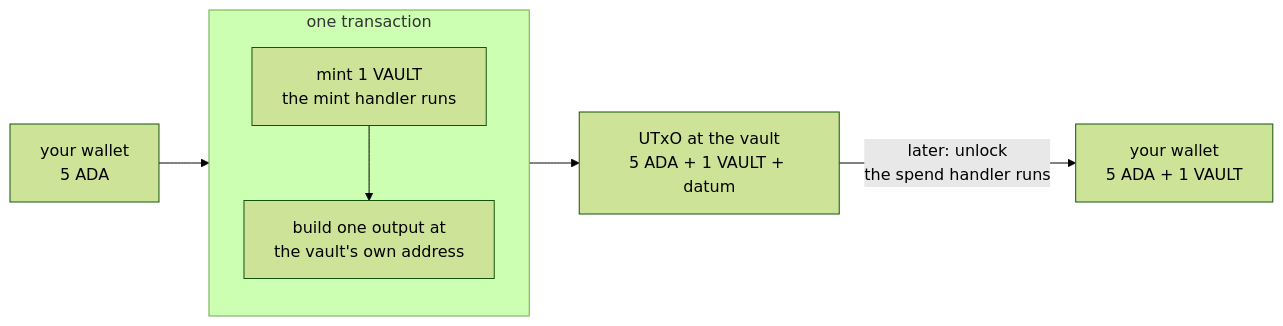
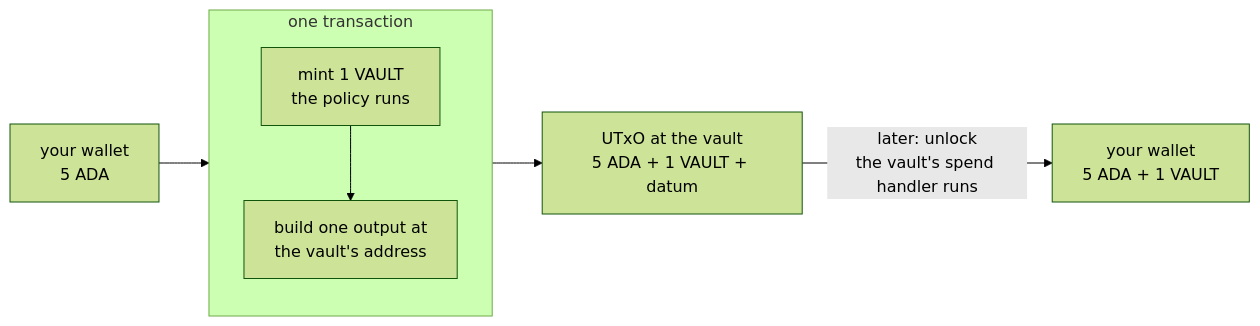
Before and after one commit to cardano-foundation/developer-portal: the second of 2 diagrams in docs/developers/onboarding/lectures/intermediate/8-validator-purposes.md, drawn with Mermaid (forest theme). The commit also changed other lines of this file and 21 other files, not shown here.

Commit message:
Improve intermediate lectures and split the vault's mint policy into its own script

````diff
--- a/docs/developers/onboarding/lectures/intermediate/8-validator-purposes.md
+++ b/docs/developers/onboarding/lectures/intermediate/8-validator-purposes.md
@@ -82,12 +86,12 @@
 ```mermaid
 flowchart LR
     W["your wallet<br/>5 ADA"] --> T
 
     subgraph T["one transaction"]
         direction TB
-        M["mint 1 VAULT<br/>the mint handler runs"] --> L["build one output at<br/>the vault's own address"]
+        M["mint 1 VAULT<br/>the policy runs"] --> L["build one output at<br/>the vault's address"]
     end
 
     T --> V["UTxO at the vault<br/>5 ADA + 1 VAULT + datum"]
-    V -->|"later: unlock<br/>the spend handler runs"| B["your wallet<br/>5 ADA + 1 VAULT"]
+    V -->|"later: unlock<br/>the vault's spend handler runs"| B["your wallet<br/>5 ADA + 1 VAULT"]
 ```
````
